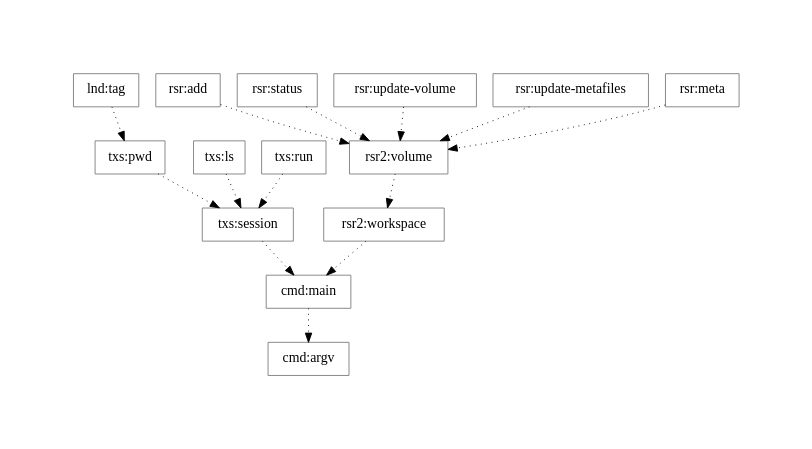
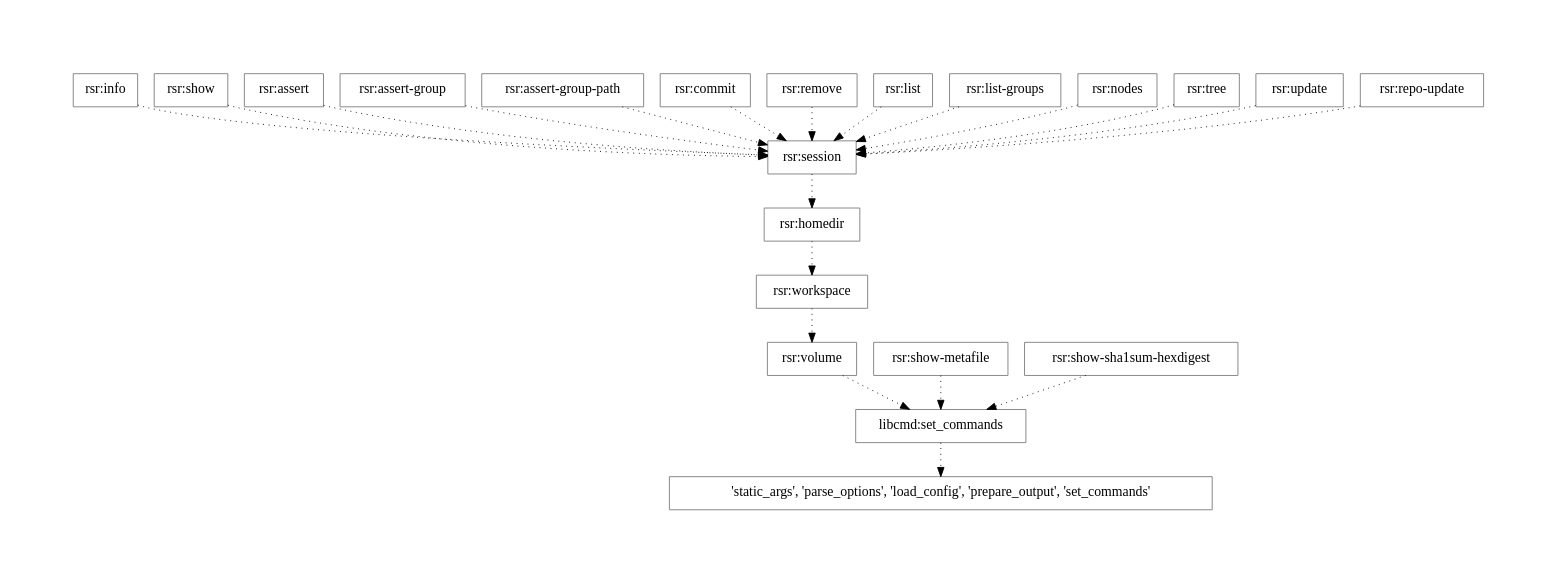
The diagram in doc/python-target-handlers.en.dot.gv (dotmpe/script-mpe), drawn with Graphviz before and after one commit. The commit also changed 3 other files, not shown here.

```diff
--- a/doc/python-target-handlers.en.dot.gv
+++ b/doc/python-target-handlers.en.dot.gv
@@ -1,43 +1,66 @@
 digraph "doc_python_target_handlers" {
 	graph [
 		fontsize = "14"
 		fontname = "Times-Roman"
 		fontcolor = "black"
     pad = 1
 	]
 	node [
 		fontsize = "15"
 		fontname = "Bitstream Vera Sans"
 		shape = "record"
 		style = "solid"
 		color = "grey"
 	]
 	edge [
 		fontsize = "14"
 		fontname = "Bitstream Vera Sans"
 		style = "dotted"
 		weight = "4"
 	]
 
-	"cmd:main" -> "cmd:argv" ;
-
-	"txs:session" -> "cmd:main" ;
-
-	"txs:pwd" -> "txs:session" ;
-	"txs:ls" -> "txs:session" ;
-	"txs:run" -> "txs:session" ;
-
-  "rsr2:workspace" -> "cmd:main" ;
-  "rsr2:volume" -> "rsr2:workspace" ;
-
-  "rsr:add" -> "rsr2:volume" ;
-  "rsr:status" -> "rsr2:volume" ;
-  "rsr:update-volume" -> "rsr2:volume" ;
-  "rsr:update-metafiles" -> "rsr2:volume" ;
-  "rsr:meta" -> "rsr2:volume" ;
+//	"cmd:main" -> "cmd:argv" ;
+//
+//	"txs:session" -> "cmd:main" ;
+//
+//	"txs:pwd" -> "txs:session" ;
+//	"txs:ls" -> "txs:session" ;
+//	"txs:run" -> "txs:session" ;
+//
+//  "rsr2:workspace" -> "cmd:main" ;
+//  "rsr2:volume" -> "rsr2:workspace" ;
+//
+//  "rsr:add" -> "rsr2:volume" ;
+//  "rsr:status" -> "rsr2:volume" ;
+//  "rsr:update-volume" -> "rsr2:volume" ;
+//  "rsr:update-metafiles" -> "rsr2:volume" ;
+//  "rsr:meta" -> "rsr2:volume" ;
+//
+//  "lnd:tag" -> "txs:pwd" ;
 
 
-  "lnd:tag" -> "txs:pwd" ;
+  "libcmd:set_commands" -> "'static_args', 'parse_options', 'load_config', 'prepare_output', 'set_commands'" ;
+
+  "rsr:volume" -> "libcmd:set_commands" ;
+  "rsr:workspace" -> "rsr:volume" ;
+  "rsr:homedir" -> "rsr:workspace" ;
+  "rsr:session" -> "rsr:homedir" ;
+  "rsr:show-metafile" -> "libcmd:set_commands" ;
+  "rsr:show-sha1sum-hexdigest" -> "libcmd:set_commands" ;
+  "rsr:info" -> "rsr:session" ;
+  "rsr:show" -> "rsr:session" ;
+  "rsr:assert" -> "rsr:session" ;
+  "rsr:assert-group" -> "rsr:session" ;
+  "rsr:assert-group-path" -> "rsr:session" ;
+  "rsr:commit" -> "rsr:session" ;
+  "rsr:remove" -> "rsr:session" ;
+  "rsr:list" -> "rsr:session" ;
+  "rsr:list-groups" -> "rsr:session" ;
+  "rsr:nodes" -> "rsr:session" ;
+  "rsr:tree" -> "rsr:session" ;
+  "rsr:update" -> "rsr:session" ;
+  "rsr:repo-update" -> "rsr:session" ;
+
 
   edge [ style="normal" ] ;
 }
```
